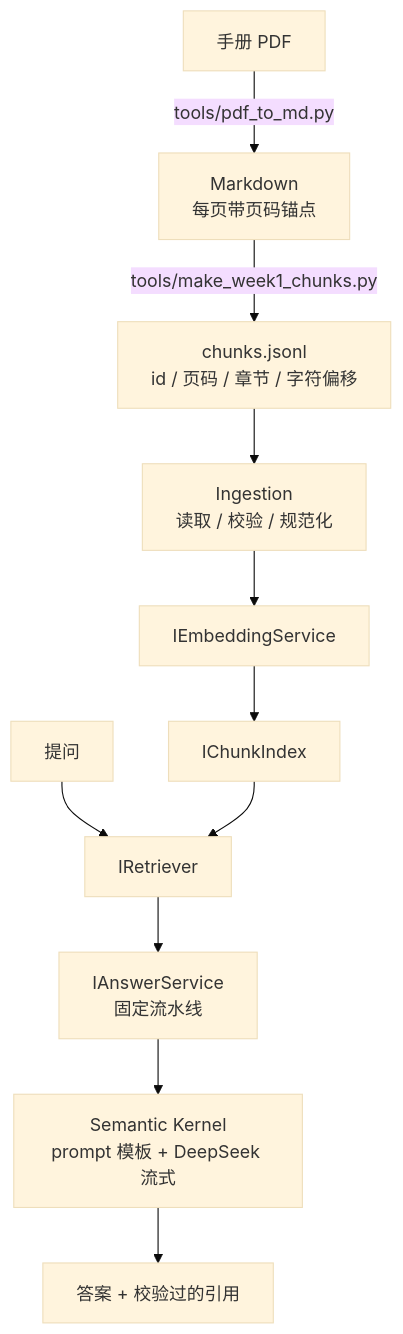
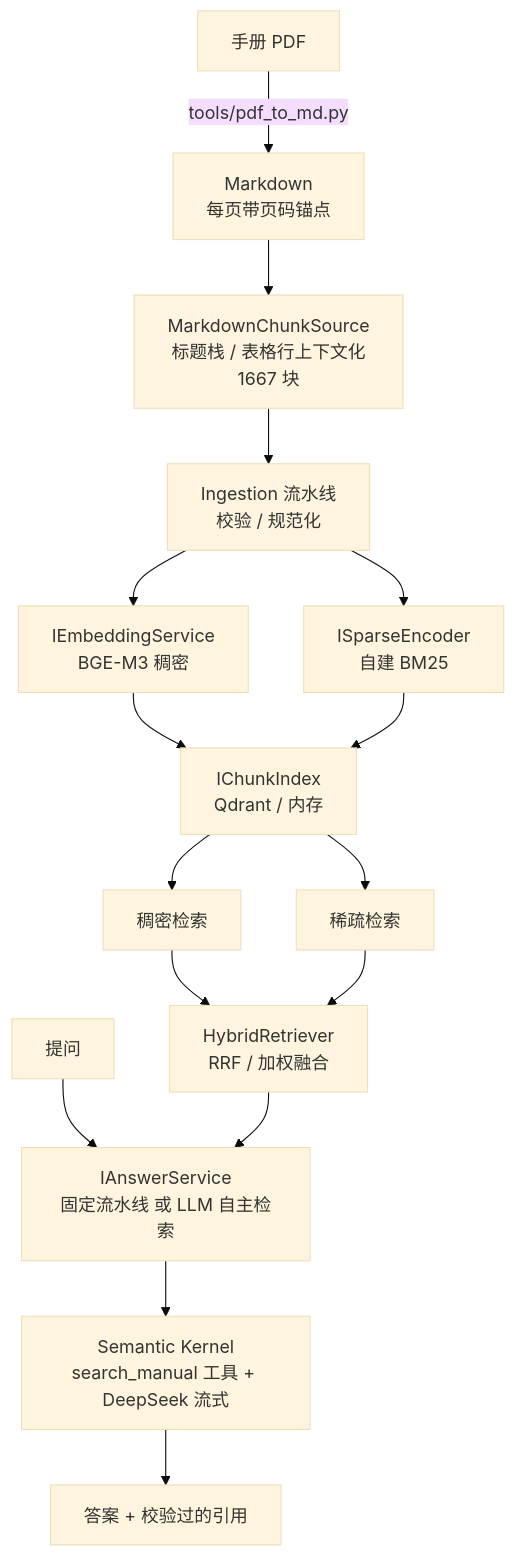
The diagram in README.md (Jayla630/industrial-docs-rag), drawn with Mermaid (base theme) before and after one commit. The commit also changed other lines of this file and 39 other files, not shown here.

````diff
--- a/README.md
+++ b/README.md
@@ -47,15 +58,20 @@
 ```mermaid
 flowchart TD
     PDF[手册 PDF] -->|tools/pdf_to_md.py| MD["Markdown<br/>每页带页码锚点"]
-    MD -->|tools/make_week1_chunks.py| JSONL["chunks.jsonl<br/>id / 页码 / 章节 / 字符偏移"]
+    MD --> CHK["MarkdownChunkSource<br/>标题栈 / 表格行上下文化<br/>1667 块"]
 
-    JSONL --> ING[Ingestion<br/>读取 / 校验 / 规范化]
-    ING --> EMB[IEmbeddingService]
-    EMB --> IDX[IChunkIndex]
+    CHK --> ING[Ingestion 流水线<br/>校验 / 规范化]
+    ING --> EMB["IEmbeddingService<br/>BGE-M3 稠密"]
+    ING --> SPE["ISparseEncoder<br/>自建 BM25"]
+    EMB --> IDX["IChunkIndex<br/>Qdrant / 内存"]
+    SPE --> IDX
 
-    Q[提问] --> RET[IRetriever]
-    IDX --> RET
-    RET --> ANS[IAnswerService<br/>固定流水线]
-    ANS --> SK[Semantic Kernel<br/>prompt 模板 + DeepSeek 流式]
+    Q[提问] --> ANS
+    IDX --> DR["稠密检索"]
+    IDX --> SR["稀疏检索"]
+    DR --> HY["HybridRetriever<br/>RRF / 加权融合"]
+    SR --> HY
+    HY --> ANS["IAnswerService<br/>固定流水线 或 LLM 自主检索"]
+    ANS --> SK["Semantic Kernel<br/>search_manual 工具 + DeepSeek 流式"]
     SK --> OUT[答案 + 校验过的引用]
 ```
````
